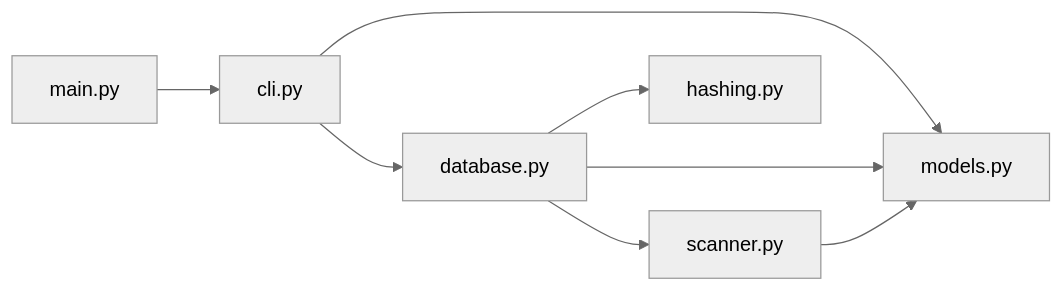
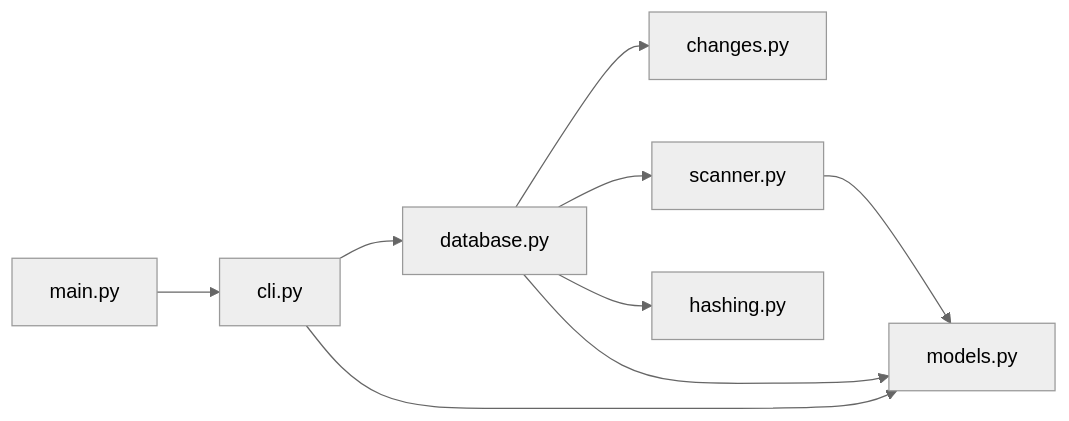
Before and after one commit to maximmuss699/Directory-scanner-wth-database: the first of 3 diagrams in README.md, drawn with Mermaid (neutral theme). The commit also changed other lines of this file and 2 other files, not shown here.

````diff
--- a/README.md
+++ b/README.md
@@ -41,10 +42,11 @@
 ```mermaid
 flowchart LR
     A[main.py] --> B[cli.py]
     B --> C[database.py]
+    C --> G[changes.py]
     C --> D[scanner.py]
     C --> E[hashing.py]
     B --> F[models.py]
     C --> F
     D --> F
 ```
````
